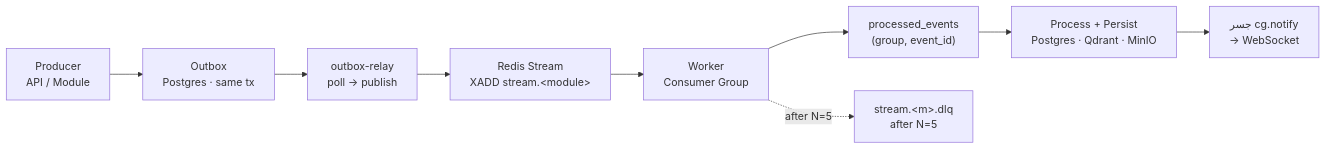
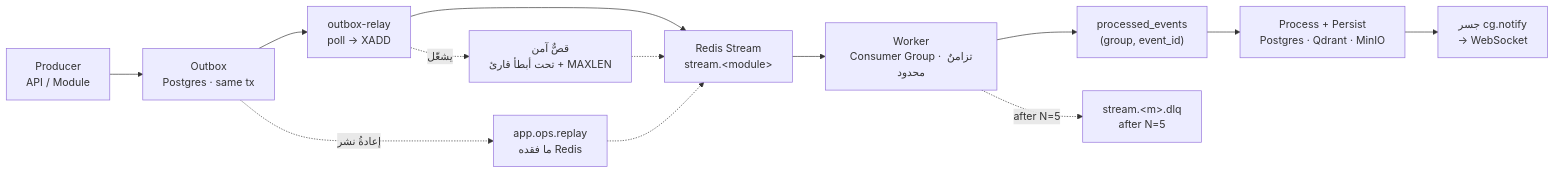
The sixth of 8 diagrams in docs/architecture.md (anastawahia/aizzak), drawn with Mermaid before and after one commit. The commit also changed other lines of this file and 1 other file, not shown here.

First line of the commit message:
docs: sync architecture doc to current code (v2.1)

````diff
--- a/docs/architecture.md
+++ b/docs/architecture.md
@@ -445,21 +508,27 @@
 ```mermaid
 graph LR
     Producer["Producer<br/>API / Module"]
     Outbox["Outbox<br/>Postgres · same tx"]
-    Relay["outbox-relay<br/>poll → publish"]
-    Stream["Redis Stream<br/>XADD stream.&lt;module&gt;"]
-    Worker["Worker<br/>Consumer Group"]
+    Relay["outbox-relay<br/>poll → XADD"]
+    Stream["Redis Stream<br/>stream.&lt;module&gt;"]
+    Trim["قصٌّ آمن<br/>تحت أبطأ قارئ + MAXLEN"]
+    Worker["Worker<br/>Consumer Group · تزامنٌ محدود"]
     Dedupe["processed_events<br/>(group, event_id)"]
     Process["Process + Persist<br/>Postgres · Qdrant · MinIO"]
     Notify["جسر cg.notify<br/>→ WebSocket"]
     DLQ["stream.&lt;m&gt;.dlq<br/>after N=5"]
+    Replay["app.ops.replay<br/>ما فقده Redis"]
 
     Producer --> Outbox
     Outbox --> Relay
     Relay --> Stream
+    Relay -. يشغّل .-> Trim
+    Trim -.-> Stream
     Stream --> Worker
     Worker --> Dedupe
     Dedupe --> Process
     Process --> Notify
     Worker -. after N=5 .-> DLQ
+    Outbox -. إعادةُ نشر .-> Replay
+    Replay -.-> Stream
 ```
````
